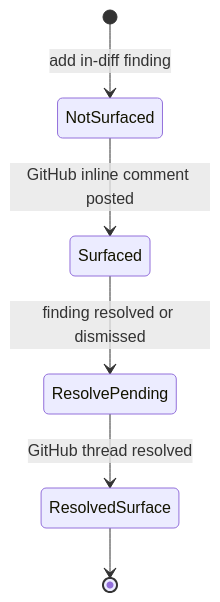
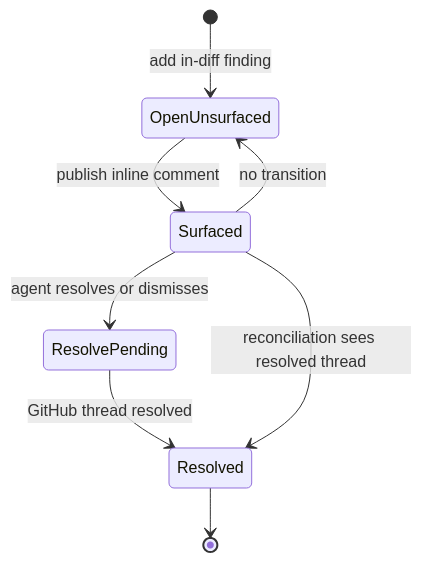
One commit to langchain-ai/open-swe changed the second of 2 diagrams in openwiki/architecture/reviewer-and-analyzer.md. Above: the diagram before and after it, drawn with Mermaid. The commit also changed other lines of this file and 59 other files, not shown here.

````diff
--- a/openwiki/architecture/reviewer-and-analyzer.md
+++ b/openwiki/architecture/reviewer-and-analyzer.md
@@ -110,8 +117,10 @@
 ```mermaid
 stateDiagram-v2
-    [*] --> NotSurfaced: add in-diff finding
-    NotSurfaced --> Surfaced: GitHub inline comment posted
-    Surfaced --> ResolvePending: finding resolved or dismissed
-    ResolvePending --> ResolvedSurface: GitHub thread resolved
-    ResolvedSurface --> [*]
+    [*] --> OpenUnsurfaced: add in-diff finding
+    OpenUnsurfaced --> Surfaced: publish inline comment
+    Surfaced --> OpenUnsurfaced: no transition
+    Surfaced --> ResolvePending: agent resolves or dismisses
+    ResolvePending --> Resolved: GitHub thread resolved
+    Surfaced --> Resolved: reconciliation sees resolved thread
+    Resolved --> [*]
 ```
````
